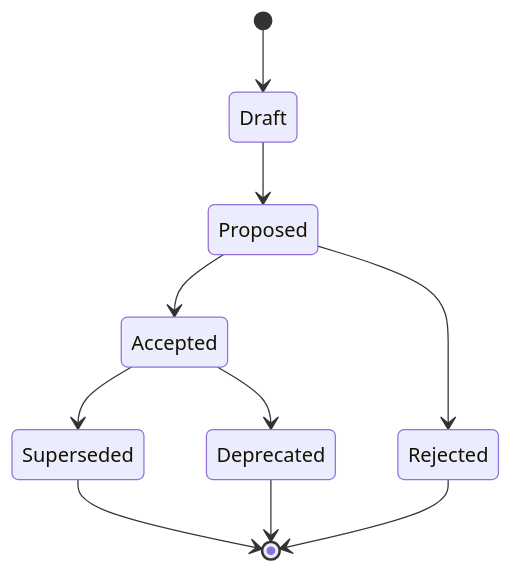
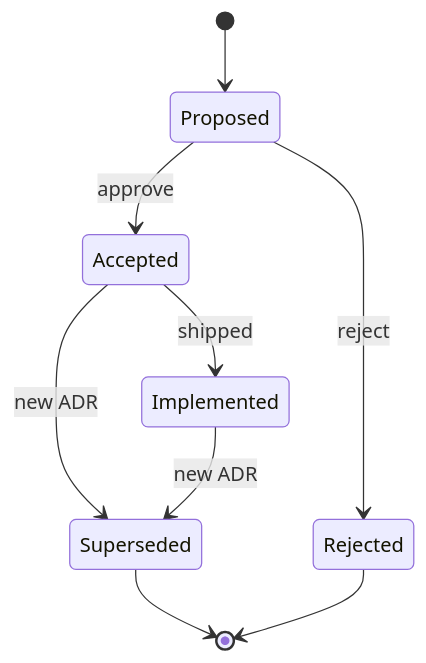
Before and after one commit to bartytime4life/Kansas-Frontier-Matrix: the diagram in docs/adr/README.md, drawn with Mermaid. The commit also changed other lines of this file, not shown here.

````diff
--- a/docs/adr/README.md
+++ b/docs/adr/README.md
@@ -116,12 +40,11 @@
 ```mermaid
 stateDiagram-v2
-  [*] --> Draft
-  Draft --> Proposed
-  Proposed --> Accepted
-  Proposed --> Rejected
-  Accepted --> Superseded
-  Accepted --> Deprecated
+  [*] --> Proposed
+  Proposed --> Accepted: approve
+  Proposed --> Rejected: reject
+  Accepted --> Implemented: shipped
+  Accepted --> Superseded: new ADR
+  Implemented --> Superseded: new ADR
   Superseded --> [*]
   Rejected --> [*]
-  Deprecated --> [*]
 ```
````
